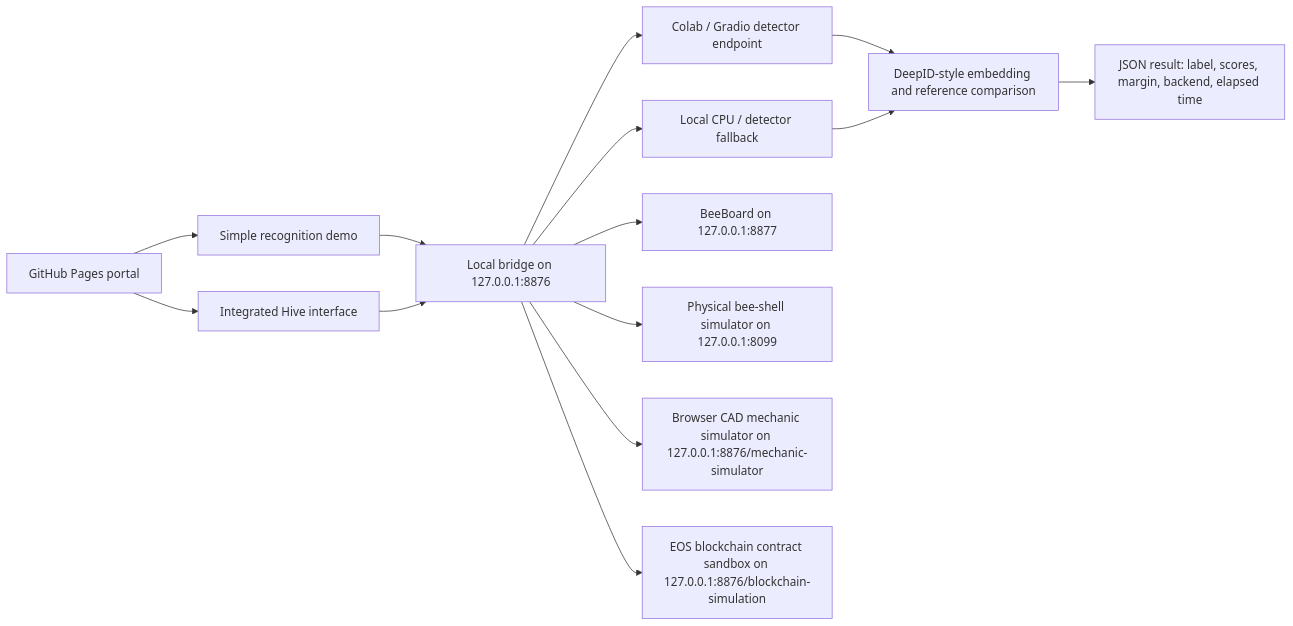
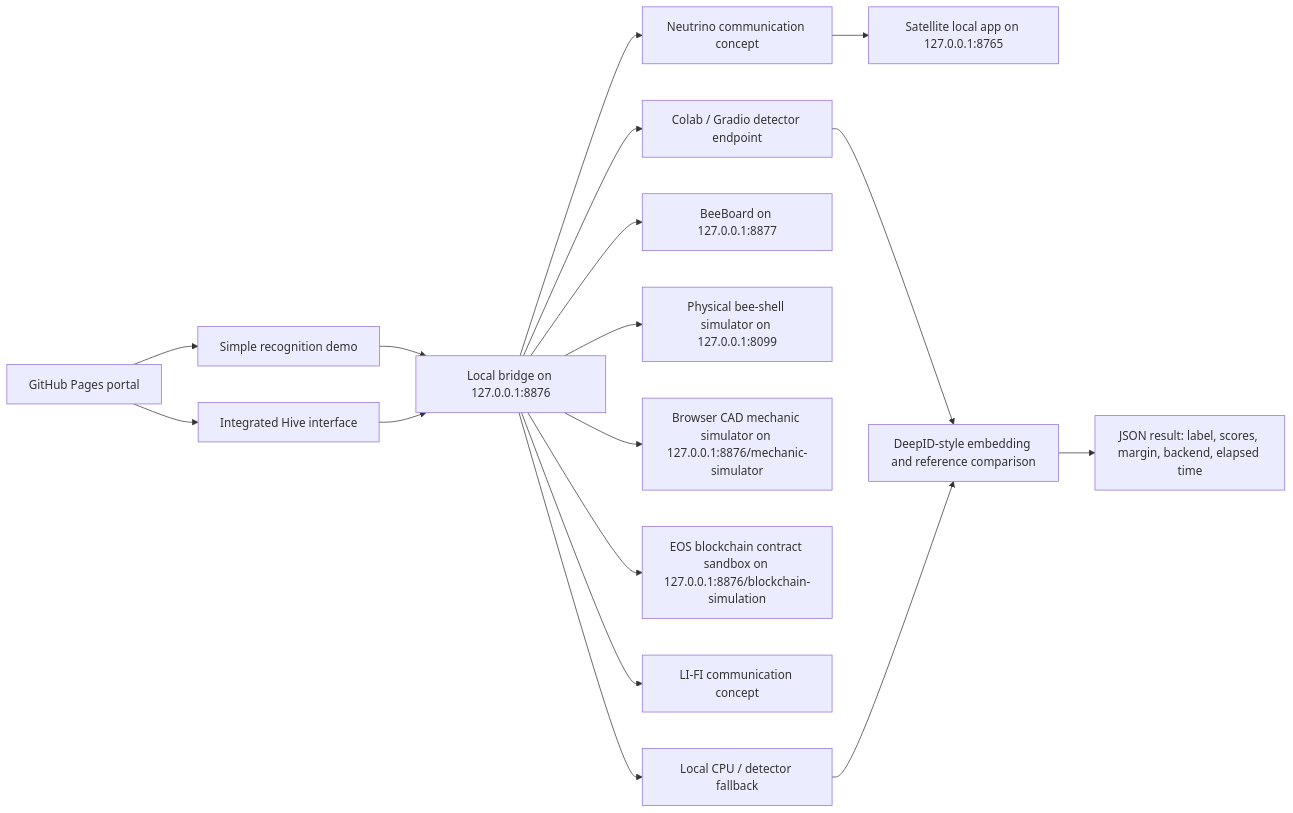
Before and after one commit to Holodininyaroslav/bee-face-recognition-project: the diagram in README.md, drawn with Mermaid. The commit also changed other lines of this file, not shown here.

Commit message:
Document communication concepts and installers

````diff
--- a/README.md
+++ b/README.md
@@ -37,16 +39,19 @@
 ```mermaid
 flowchart LR
     A["GitHub Pages portal"] --> B["Simple recognition demo"]
     A --> C["Integrated Hive interface"]
     B --> D["Local bridge on 127.0.0.1:8876"]
     C --> D
     D --> E["Colab / Gradio detector endpoint"]
     D --> F["Local CPU / detector fallback"]
     D --> G["BeeBoard on 127.0.0.1:8877"]
     D --> H["Physical bee-shell simulator on 127.0.0.1:8099"]
     D --> K["Browser CAD mechanic simulator on 127.0.0.1:8876/mechanic-simulator"]
     D --> L["EOS blockchain contract sandbox on 127.0.0.1:8876/blockchain-simulation"]
+    D --> M["LI-FI communication concept"]
+    D --> N["Neutrino communication concept"]
+    N --> O["Satellite local app on 127.0.0.1:8765"]
     E --> I["DeepID-style embedding and reference comparison"]
     F --> I
     I --> J["JSON result: label, scores, margin, backend, elapsed time"]
 ```
````
